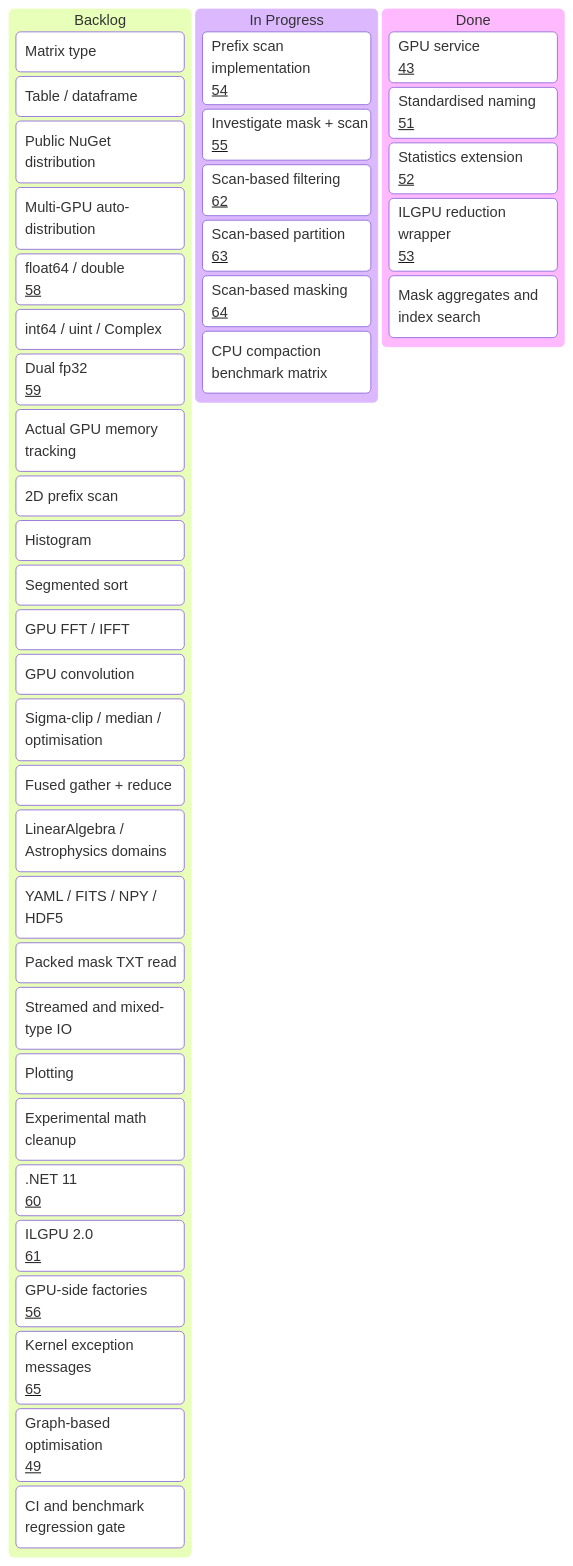
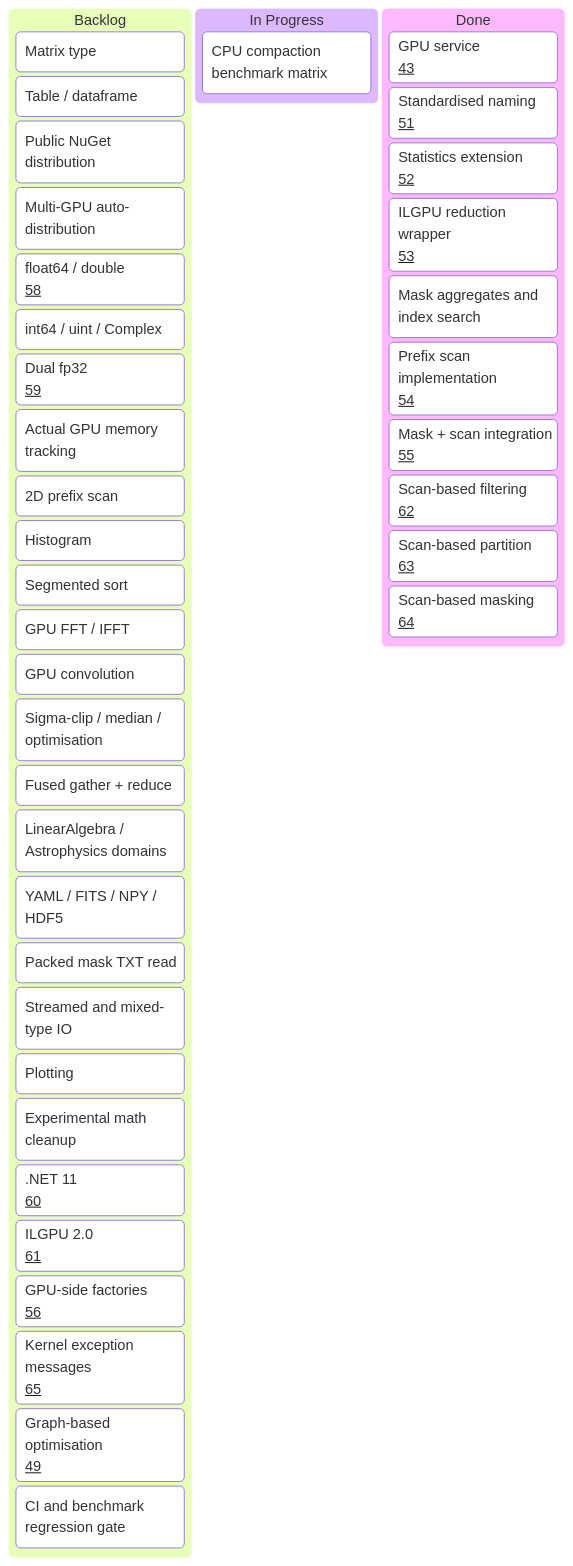
The diagram in Documentation/Roadmap.md (MPSQUARK/BAVCL), drawn with Mermaid before and after one commit. The commit also changed other lines of this file, not shown here.

````diff
--- a/Documentation/Roadmap.md
+++ b/Documentation/Roadmap.md
@@ -6,51 +6,51 @@
 ```mermaid
 ---
 config:
   kanban:
     ticketBaseUrl: 'https://github.com/MPSQUARK/BAVCL/issues/#TICKET#'
 ---
 kanban
   backlog[Backlog]
     b1[Matrix type]
     b2[Table / dataframe]
     b3[Public NuGet distribution]
     b4[Multi-GPU auto-distribution]
     b5[float64 / double]@{ ticket: 58 }
     b6[int64 / uint / Complex]
     b7[Dual fp32]@{ ticket: 59 }
     b8[Actual GPU memory tracking]
     b9[2D prefix scan]
     b10[Histogram]
     b11[Segmented sort]
     b12[GPU FFT / IFFT]
     b13[GPU convolution]
     b14[Sigma-clip / median / optimisation]
     b15[Fused gather + reduce]
     b16[LinearAlgebra / Astrophysics domains]
     b17[YAML / FITS / NPY / HDF5]
     b18[Packed mask TXT read]
     b19[Streamed and mixed-type IO]
     b20[Plotting]
     b21[Experimental math cleanup]
     b22[.NET 11]@{ ticket: 60 }
     b23[ILGPU 2.0]@{ ticket: 61 }
     b24[GPU-side factories]@{ ticket: 56 }
     b25[Kernel exception messages]@{ ticket: 65 }
     b26[Graph-based optimisation]@{ ticket: 49 }
     b27[CI and benchmark regression gate]
 
   inprogress[In Progress]
-    p1[Prefix scan implementation]@{ ticket: 54 }
-    p2[Investigate mask + scan]@{ ticket: 55 }
-    p3[Scan-based filtering]@{ ticket: 62 }
-    p4[Scan-based partition]@{ ticket: 63 }
-    p5[Scan-based masking]@{ ticket: 64 }
     p6[CPU compaction benchmark matrix]
 
   done[Done]
     d1[GPU service]@{ ticket: 43 }
     d2[Standardised naming]@{ ticket: 51 }
     d3[Statistics extension]@{ ticket: 52 }
     d4[ILGPU reduction wrapper]@{ ticket: 53 }
     d5[Mask aggregates and index search]
+    d6[Prefix scan implementation]@{ ticket: 54 }
+    d7[Mask + scan integration]@{ ticket: 55 }
+    d8[Scan-based filtering]@{ ticket: 62 }
+    d9[Scan-based partition]@{ ticket: 63 }
+    d10[Scan-based masking]@{ ticket: 64 }
 ```
````
